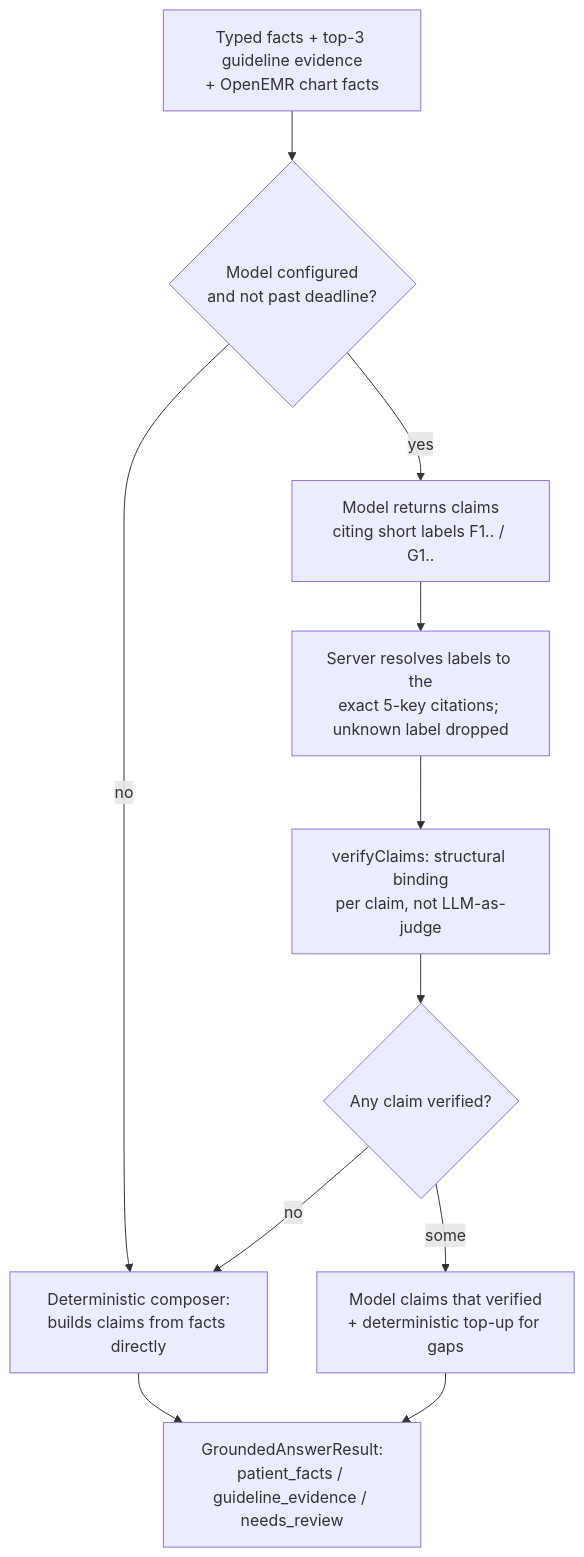
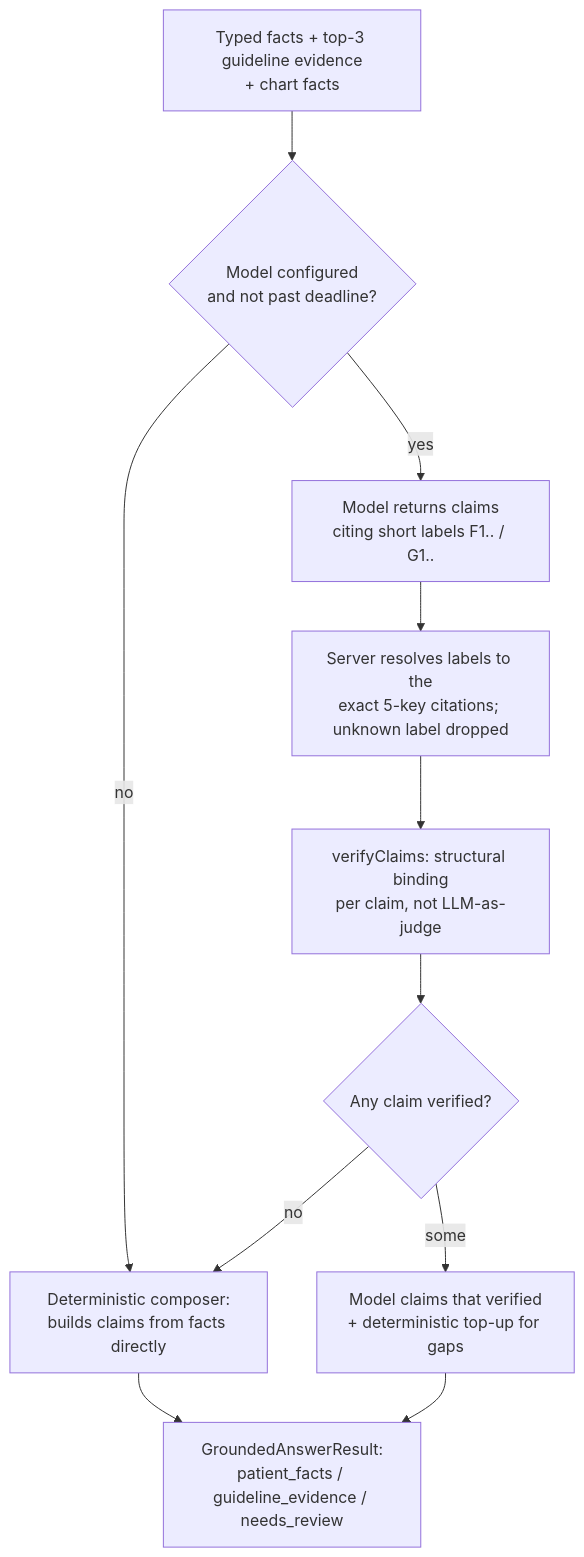
The fourth of 5 diagrams in W2_ARCHITECTURE.md (DavidSlayback/agentforge-week1), drawn with Mermaid before and after one commit. The commit also changed other lines of this file and 3 other files, not shown here.

First line of the commit message:
docs(agentforge): W2 architecture and README match the deployed state

````diff
--- a/W2_ARCHITECTURE.md
+++ b/W2_ARCHITECTURE.md
@@ -391,13 +404,13 @@
 ```mermaid
 flowchart TD
-    F[Typed facts + top-3 guideline evidence<br/>+ OpenEMR chart facts] --> P{Model configured<br/>and not past deadline?}
+    F[Typed facts + top-3 guideline evidence<br/>+ chart facts] --> P{Model configured<br/>and not past deadline?}
     P -- no --> DET[Deterministic composer:<br/>builds claims from facts directly]
     P -- yes --> M[Model returns claims<br/>citing short labels F1.. / G1..]
     M --> MAT[Server resolves labels to the<br/>exact 5-key citations; unknown label dropped]
     MAT --> V[verifyClaims: structural binding<br/>per claim, not LLM-as-judge]
     V --> C{Any claim verified?}
     C -- no --> DET
     C -- some --> TOP[Model claims that verified<br/>+ deterministic top-up for gaps]
     TOP --> R[GroundedAnswerResult:<br/>patient_facts / guideline_evidence / needs_review]
     DET --> R
 ```
````
